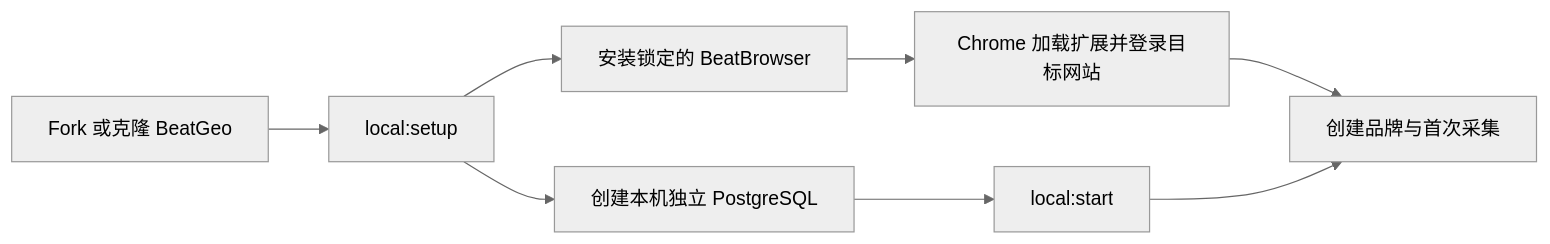
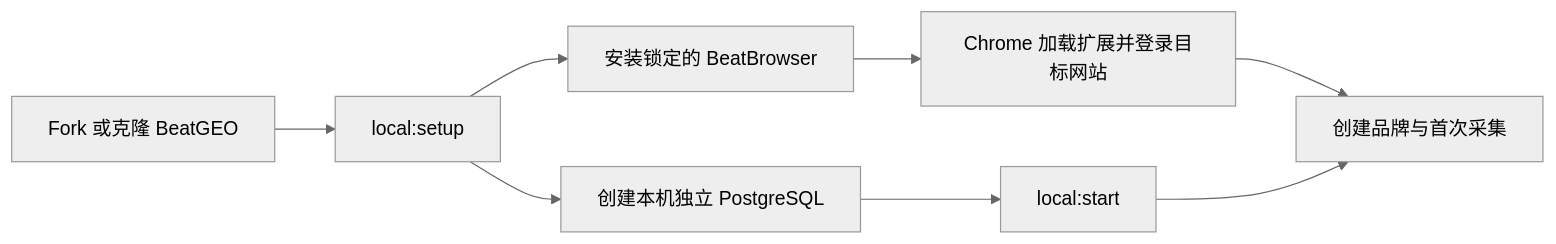
The second of 2 diagrams in README.md (BeatAPI/BeatGEO), drawn with Mermaid (neutral theme) before and after one commit. The commit also changed other lines of this file and 244 other files, not shown here.

Commit message:
Use BeatGEO as the product name

````diff
--- a/README.md
+++ b/README.md
@@ -49,10 +49,10 @@
 ```mermaid
 flowchart LR
-    A[Fork 或克隆 BeatGeo] --> B[local:setup]
+    A[Fork 或克隆 BeatGEO] --> B[local:setup]
     B --> C[安装锁定的 BeatBrowser]
     B --> D[创建本机独立 PostgreSQL]
     C --> E[Chrome 加载扩展并登录目标网站]
     D --> F[local:start]
     E --> G[创建品牌与首次采集]
     F --> G
 ```
````
